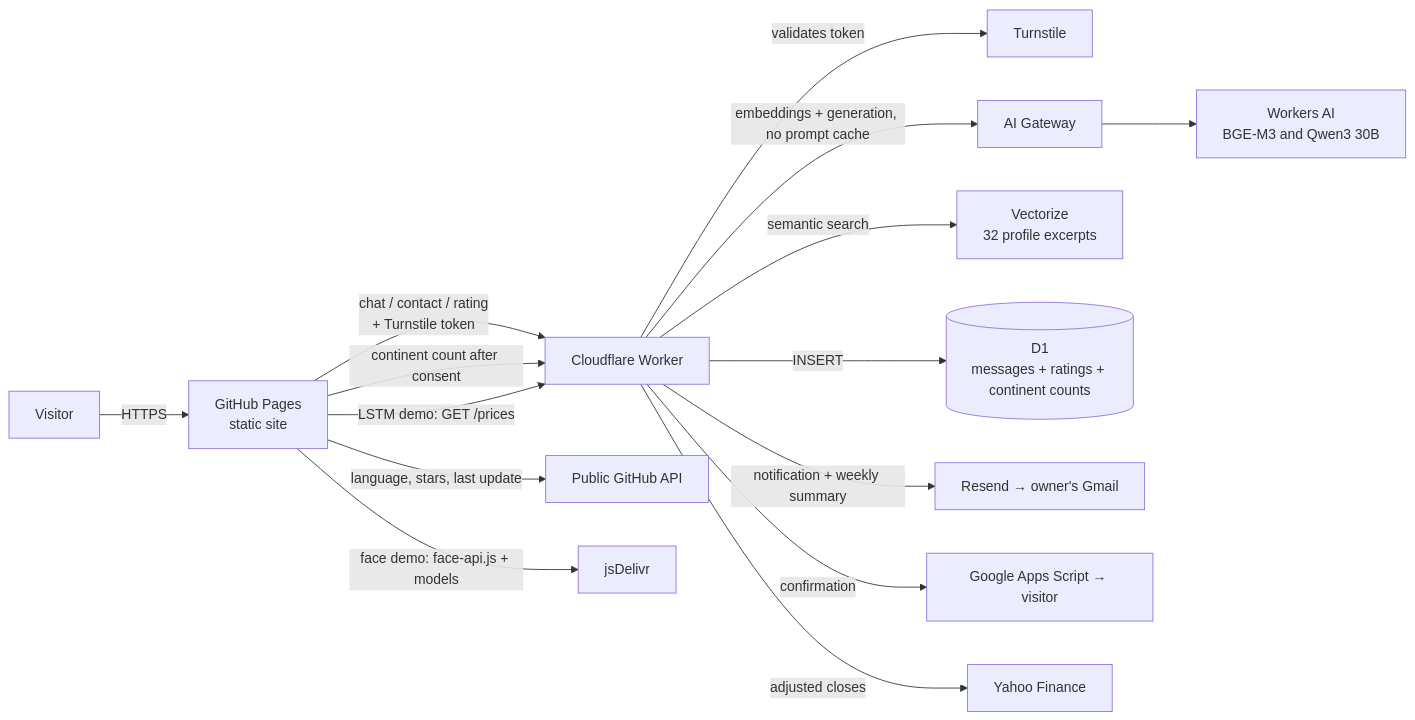
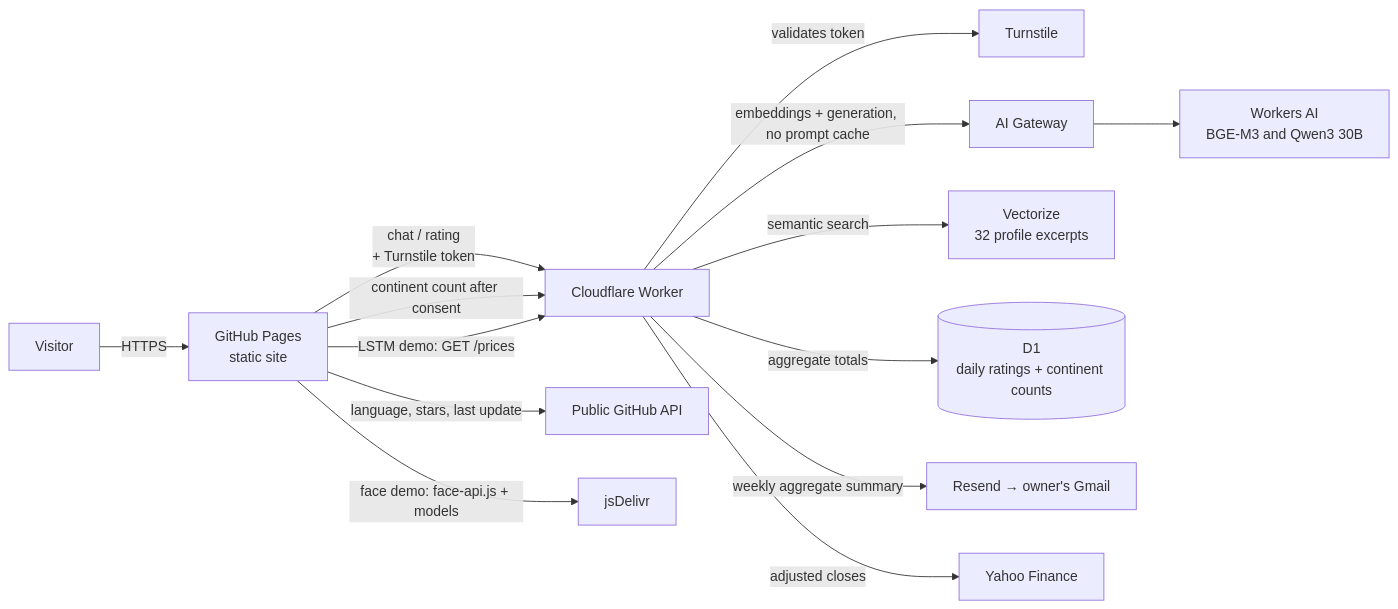
One commit to emanueleborges/emanueleborges.github.io changed the diagram in README.md. Above: the diagram before and after it, drawn with Mermaid. The commit also changed other lines of this file and 34 other files, not shown here.

````diff
--- a/README.md
+++ b/README.md
@@ -63,17 +62,16 @@
 ```mermaid
 flowchart LR
   V[Visitor] -->|HTTPS| GP[GitHub Pages<br/>static site]
-  GP -->|chat / contact / rating<br/>+ Turnstile token| W[Cloudflare Worker]
+  GP -->|chat / rating<br/>+ Turnstile token| W[Cloudflare Worker]
   W -->|validates token| TS[Turnstile]
   W -->|embeddings + generation, no prompt cache| GW[AI Gateway]
   GW --> AI[Workers AI<br/>BGE-M3 and Qwen3 30B]
   W -->|semantic search| VZ[Vectorize<br/>32 profile excerpts]
-  W -->|INSERT| D1[(D1<br/>messages + ratings + continent counts)]
-  W -->|notification + weekly summary| RS[Resend → owner's Gmail]
-  W -->|confirmation| GAS[Google Apps Script → visitor]
+  W -->|aggregate totals| D1[(D1<br/>daily ratings + continent counts)]
+  W -->|weekly aggregate summary| RS[Resend → owner's Gmail]
   GP -->|continent count after consent| W
   GP -->|language, stars, last update| GH[Public GitHub API]
   GP -->|LSTM demo: GET /prices| W
   W -->|adjusted closes| YF[Yahoo Finance]
   GP -->|face demo: face-api.js + models| CDN[jsDelivr]
 ```
````
